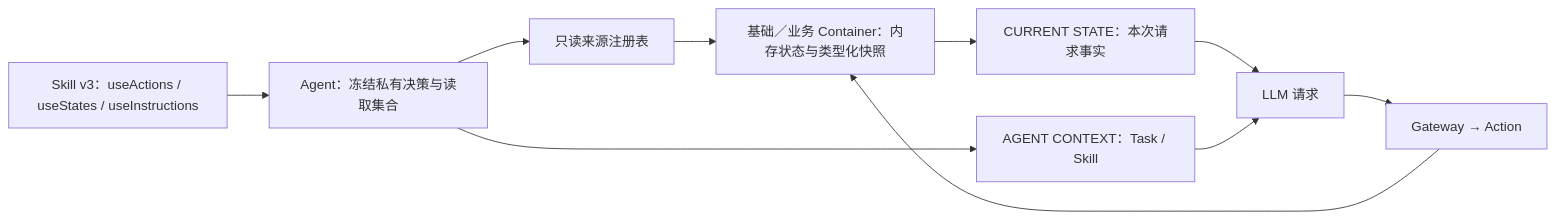
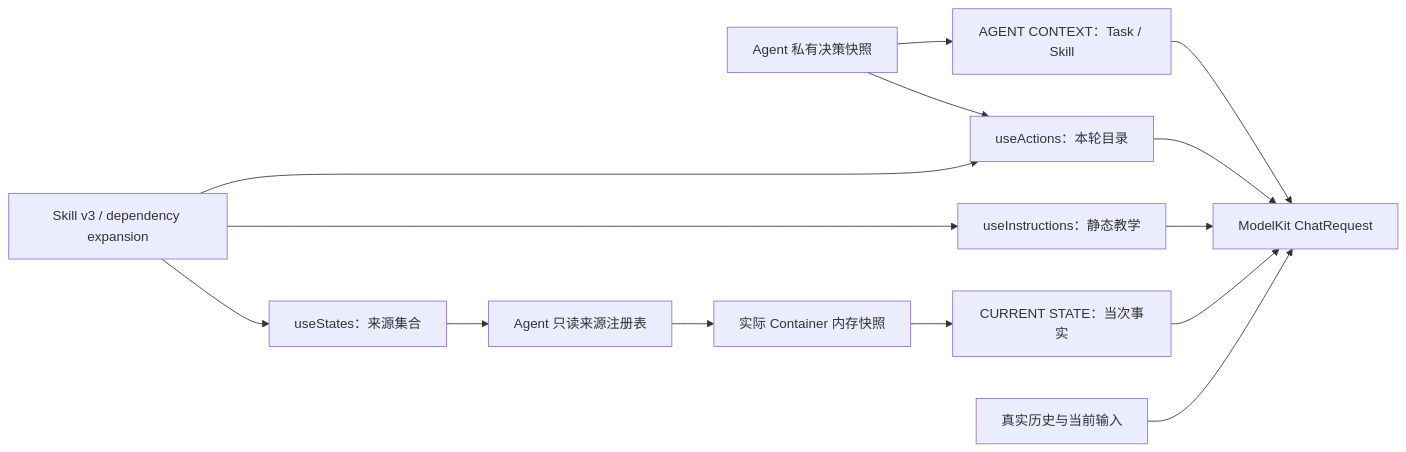
Before and after one commit to devilyouwei/MobileHarness: the ninth of 23 diagrams in MobileHarness/README.md, drawn with Mermaid. The commit also changed other lines of this file and 13 other files, not shown here.

Commit message:
chore: checkpoint prompt regressions and restore architecture documentation

````diff
--- a/MobileHarness/README.md
+++ b/MobileHarness/README.md
@@ -168,12 +367,16 @@
 ```mermaid
 flowchart LR
- Skill["Skill v3：useActions / useStates / useInstructions"] --> Agent["Agent：冻结私有决策与读取集合"]
- Agent --> Registry["只读来源注册表"]
- Registry --> Owners["基础／业务 Container：内存状态与类型化快照"]
- Owners --> Facts["CURRENT STATE：本次请求事实"]
- Agent --> Private["AGENT CONTEXT：Task / Skill"]
- Facts --> Request["LLM 请求"]
- Private --> Request
- Request --> Gateway["Gateway → Action"]
- Gateway --> Owners
+    Skill["Skill v3 / dependency expansion"] --> Catalog["useActions：本轮目录"]
+    Skill --> Teaching["useInstructions：静态教学"]
+    Skill --> Select["useStates：来源集合"]
+    Private["Agent 私有决策快照"] --> Task["AGENT CONTEXT：Task / Skill"]
+    Private --> Catalog
+    Select --> Registry["Agent 只读来源注册表"]
+    Registry --> Owners["实际 Container 内存快照"]
+    Owners --> Facts["CURRENT STATE：当次事实"]
+    Catalog --> Request["ModelKit ChatRequest"]
+    Teaching --> Request
+    Task --> Request
+    Facts --> Request
+    History["真实历史与当前输入"] --> Request
 ```
````
